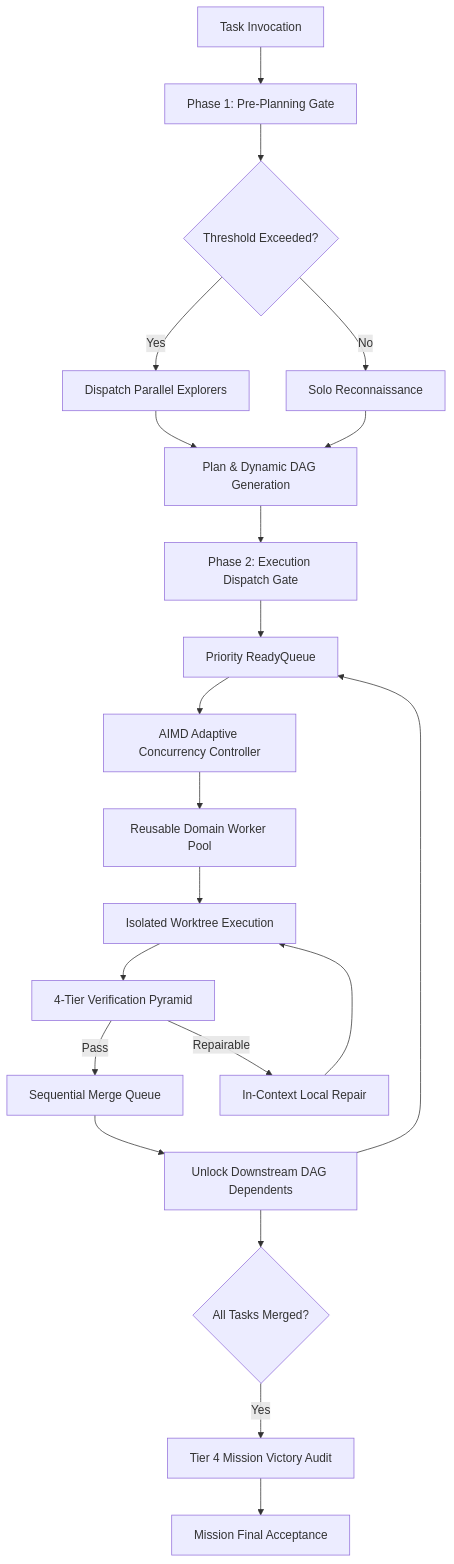
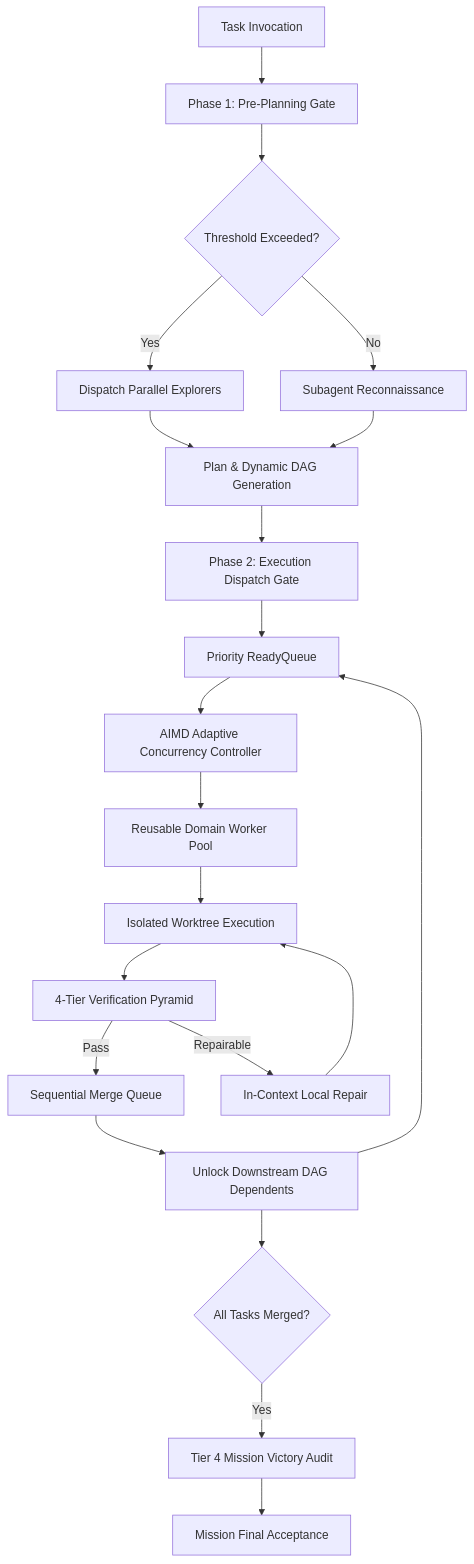
One commit to naksh-07/adaptive-orchestrator changed the diagram in README.md. Above: the diagram before and after it, drawn with Mermaid. The commit also changed other lines of this file and 5 other files, not shown here.

Commit message:
fix(orchestration): strictly disallow solo execution and update plugin schemas

````diff
--- a/README.md
+++ b/README.md
@@ -45,23 +45,23 @@
 ```mermaid
 graph TD
     A[Task Invocation] --> B[Phase 1: Pre-Planning Gate]
     B --> C{Threshold Exceeded?}
     C -->|Yes| D[Dispatch Parallel Explorers]
-    C -->|No| E[Solo Reconnaissance]
+    C -->|No| E[Subagent Reconnaissance]
     D --> F[Plan & Dynamic DAG Generation]
     E --> F
     F --> G[Phase 2: Execution Dispatch Gate]
     G --> H[Priority ReadyQueue]
     H --> I[AIMD Adaptive Concurrency Controller]
     I --> J[Reusable Domain Worker Pool]
     J --> K[Isolated Worktree Execution]
     K --> L[4-Tier Verification Pyramid]
     L -->|Pass| M[Sequential Merge Queue]
     L -->|Repairable| N[In-Context Local Repair]
     N --> K
     M --> O[Unlock Downstream DAG Dependents]
     O --> H
     O --> P{All Tasks Merged?}
     P -->|Yes| Q[Tier 4 Mission Victory Audit]
     Q --> R[Mission Final Acceptance]
 ```
````
